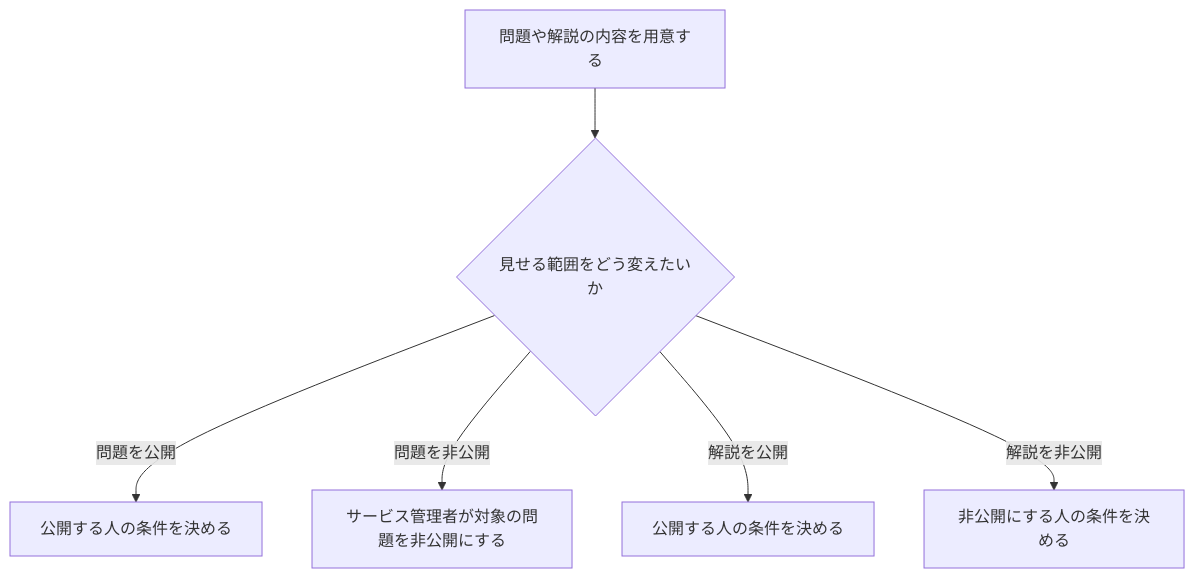
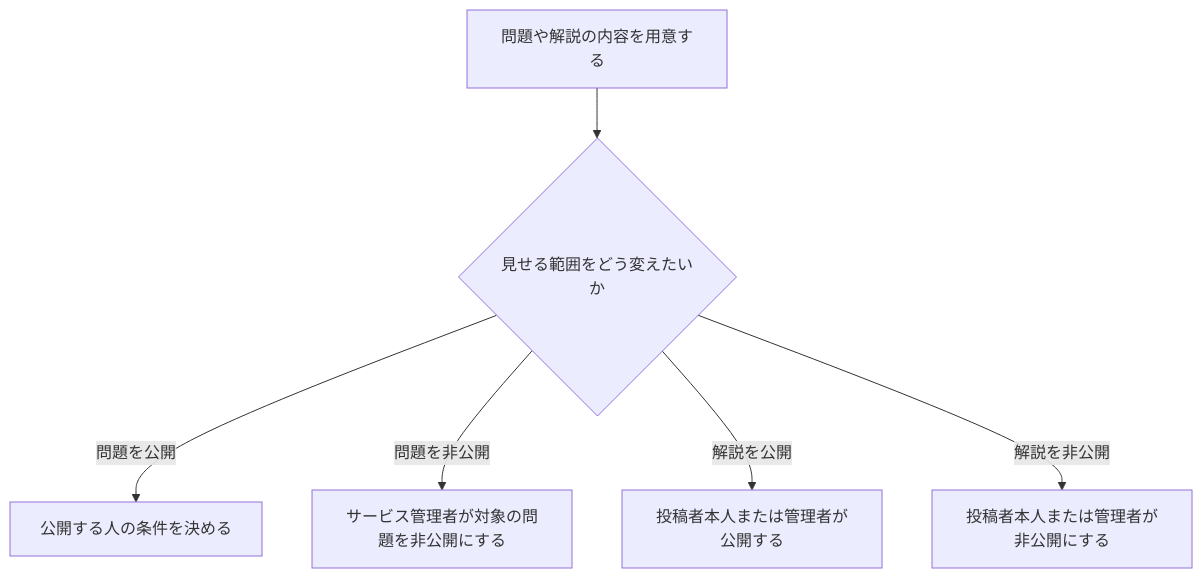
The diagram in docs/requirements/scenarios/permissions/share-content.md (traP-jp/traOJudge), drawn with Mermaid before and after one commit. The commit also changed other lines of this file and 39 other files, not shown here.

````diff
--- a/docs/requirements/scenarios/permissions/share-content.md
+++ b/docs/requirements/scenarios/permissions/share-content.md
@@ -14,8 +14,8 @@
 ```mermaid
 flowchart TD
     A["問題や解説の内容を用意する"] --> B{"見せる範囲をどう変えたいか"}
     B -->|問題を公開| C["公開する人の条件を決める"]
     B -->|問題を非公開| D["サービス管理者が対象の問題を非公開にする"]
-    B -->|解説を公開| E["公開する人の条件を決める"]
-    B -->|解説を非公開| F["非公開にする人の条件を決める"]
+    B -->|解説を公開| E["投稿者本人または管理者が公開する"]
+    B -->|解説を非公開| F["投稿者本人または管理者が非公開にする"]
 ```
````
